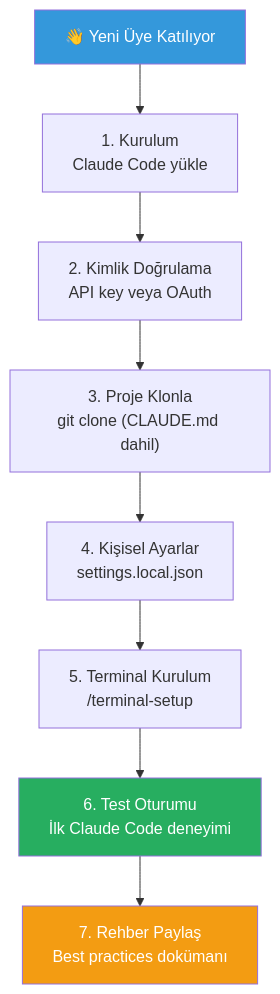
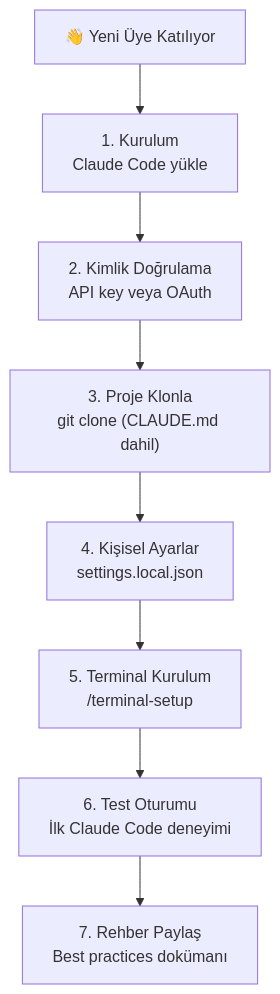
Before and after one commit to IzzetYasinAtes/ClaudeCodeHandbook: the fourth of 5 diagrams in 18-kurumsal-kullanim/01-takim-kullanimi-ve-yonetim.md, drawn with Mermaid. The commit also changed other lines of this file and 97 other files, not shown here.

Commit message:
Remove all custom Mermaid style/fill colors from 98 markdown files for consistent dark theme rendering

````diff
--- a/18-kurumsal-kullanim/01-takim-kullanimi-ve-yonetim.md
+++ b/18-kurumsal-kullanim/01-takim-kullanimi-ve-yonetim.md
@@ -169,14 +158,11 @@
 ```mermaid
 flowchart TD
     JOIN["👋 Yeni Üye Katılıyor"] --> INSTALL["1. Kurulum<br/>Claude Code yükle"]
     INSTALL --> AUTH["2. Kimlik Doğrulama<br/>API key veya OAuth"]
     AUTH --> CLONE["3. Proje Klonla<br/>git clone (CLAUDE.md dahil)"]
     CLONE --> LOCAL["4. Kişisel Ayarlar<br/>settings.local.json"]
     LOCAL --> TERMINAL["5. Terminal Kurulum<br/>/terminal-setup"]
     TERMINAL --> TEST["6. Test Oturumu<br/>İlk Claude Code deneyimi"]
     TEST --> GUIDE["7. Rehber Paylaş<br/>Best practices dokümanı"]
 
-    style JOIN fill:#3498DB,color:#fff
-    style TEST fill:#27AE60,color:#fff
-    style GUIDE fill:#F39C12,color:#fff
 ```
````
